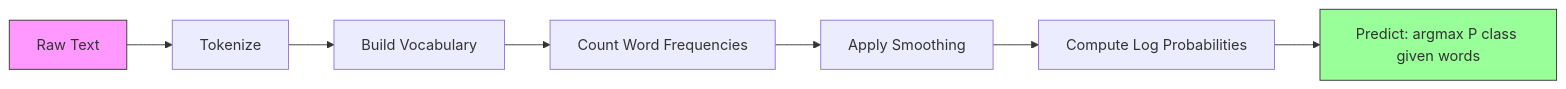
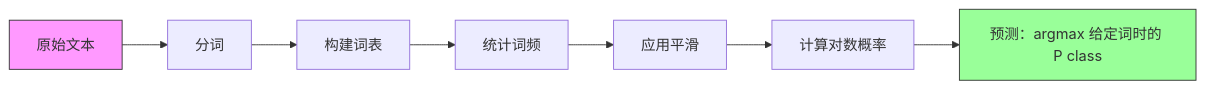
The diagram in phases/02-ml-fundamentals/14-naive-bayes/docs/en.md (alessandrodinisio-ai/ai-engineering-learning-framework), drawn with Mermaid before and after one commit. The commit also changed other lines of this file and 443 other files, not shown here.

First line of the commit message:
feat(zh): 完成 435 节课程文档 + README/ROADMAP/术语表 + 网站 UI 全量中文化

````diff
--- a/phases/02-ml-fundamentals/14-naive-bayes/docs/en.md
+++ b/phases/02-ml-fundamentals/14-naive-bayes/docs/en.md
@@ -209,12 +209,12 @@
 ```mermaid
 flowchart LR
-    A[Raw Text] --> B[Tokenize]
-    B --> C[Build Vocabulary]
-    C --> D[Count Word Frequencies]
-    D --> E[Apply Smoothing]
-    E --> F[Compute Log Probabilities]
-    F --> G[Predict: argmax P class given words]
+    A[原始文本] --> B[分词]
+    B --> C[构建词表]
+    C --> D[统计词频]
+    D --> E[应用平滑]
+    E --> F[计算对数概率]
+    F --> G[预测：argmax 给定词时的 P class]
 
     style A fill:#f9f,stroke:#333
     style G fill:#9f9,stroke:#333
 ```
````
